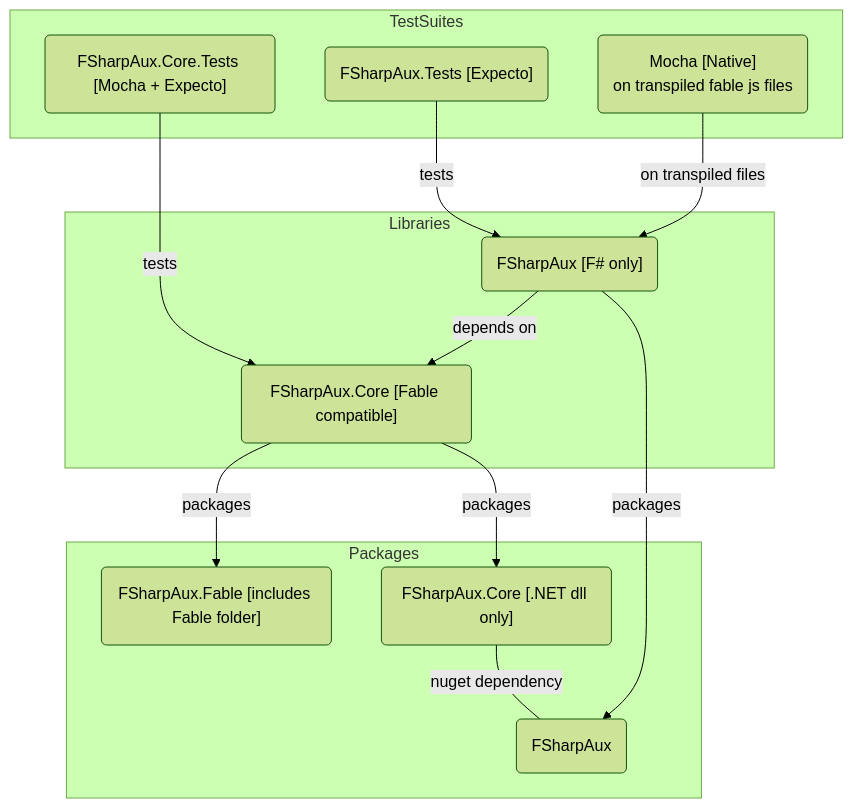
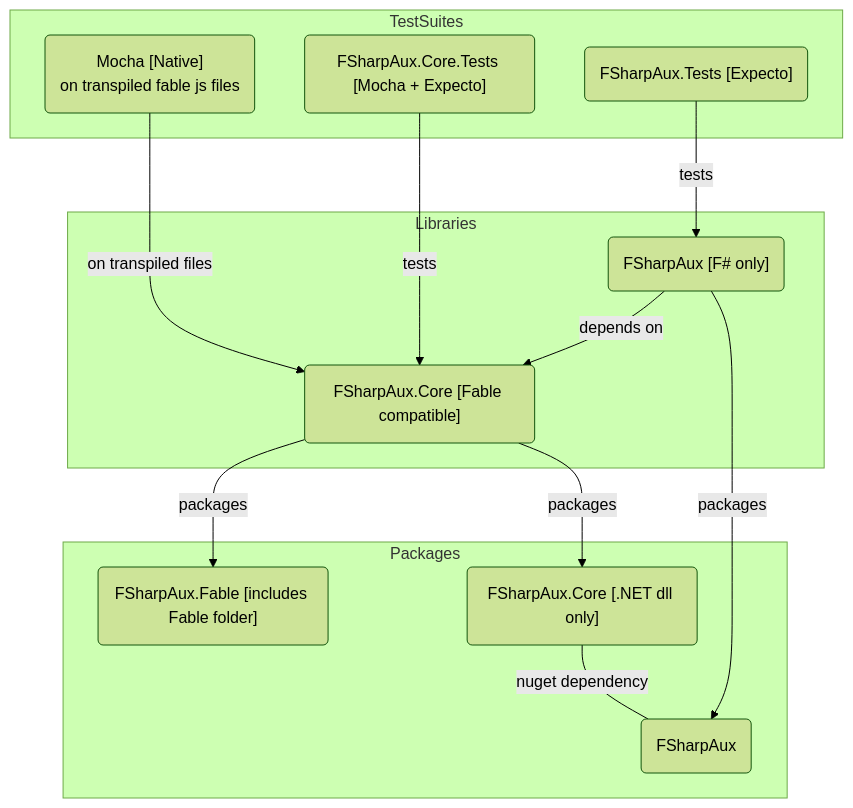
The diagram in README.md (CSBiology/FSharpAux), drawn with Mermaid (forest theme) before and after one commit.

Commit message:
Connect Mocha tests with the correct core library

````diff
--- a/README.md
+++ b/README.md
@@ -15,25 +15,25 @@
 ```mermaid
 flowchart TD
 subgraph Libraries
     A("FSharpAux.Core [Fable compatible]")
     B("FSharpAux [F# only]")
     B -- depends on --> A
 end
 subgraph TestSuites
     C("FSharpAux.Core.Tests [Mocha + Expecto]")
     D("FSharpAux.Tests [Expecto]")
     M("Mocha [Native]<br>on transpiled fable js files")
     C -- tests --> A
     D -- tests --> B
-    M -- on transpiled files --> B
+    M -- on transpiled files --> A
 end
 subgraph Packages
     E("FSharpAux.Fable [includes Fable folder]")
     F("FSharpAux.Core [.NET dll only]")
     G("FSharpAux")
     A -- packages --> E
     A -- packages --> F
     B -- packages --> G
     F -- nuget dependency --- G
 end
 ```
````
